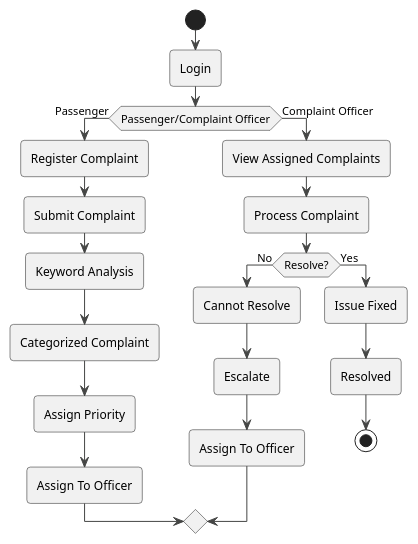
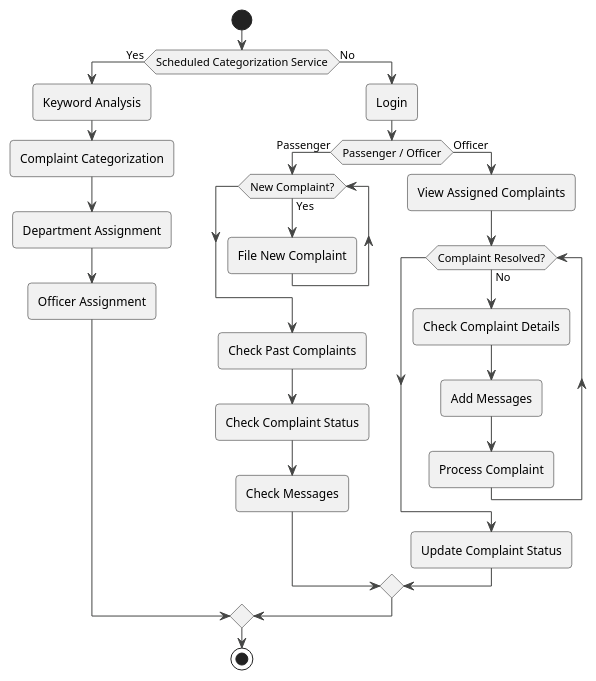
The diagram in uml/activity/activity.plantuml (Anikate-De/rail-madad), drawn with PlantUML before and after one commit. The commit also changed 1 other file, not shown here.

Commit message:
updated activity diagram

```diff
--- a/uml/activity/activity.plantuml
+++ b/uml/activity/activity.plantuml
@@ -1,25 +1,29 @@
 @startuml
 !theme vibrant
 start
-:Login;
-if (Passenger/Complaint Officer) then (Passenger)
-  :Register Complaint;
-  :Submit Complaint;
-  :Keyword Analysis;
-  :Categorized Complaint;
-  :Assign Priority;
-  :Assign To Officer;
-else (Complaint Officer)
+if (Scheduled Categorization Service) then (Yes)
+    :Keyword Analysis;
+    :Complaint Categorization;
+    :Department Assignment;
+    :Officer Assignment;
+else (No)
+  :Login;
+if (Passenger / Officer) then (Passenger)
+  while (New Complaint?) is (Yes)
+    :File New Complaint;
+  endwhile
+  :Check Past Complaints;
+  :Check Complaint Status;
+  :Check Messages;
+else (Officer)
   :View Assigned Complaints;
-  :Process Complaint;
-  if (Resolve?) then (No)
-    :Cannot Resolve;
-    :Escalate;
-    :Assign To Officer;
-  else (Yes)
-    :Issue Fixed;
-    :Resolved;
-    stop
+  while (Complaint Resolved?) is (No)
+    :Check Complaint Details;
+    :Add Messages;
+    :Process Complaint;
+  endwhile
+  :Update Complaint Status;
   endif
 endif
+stop
 @enduml
```
